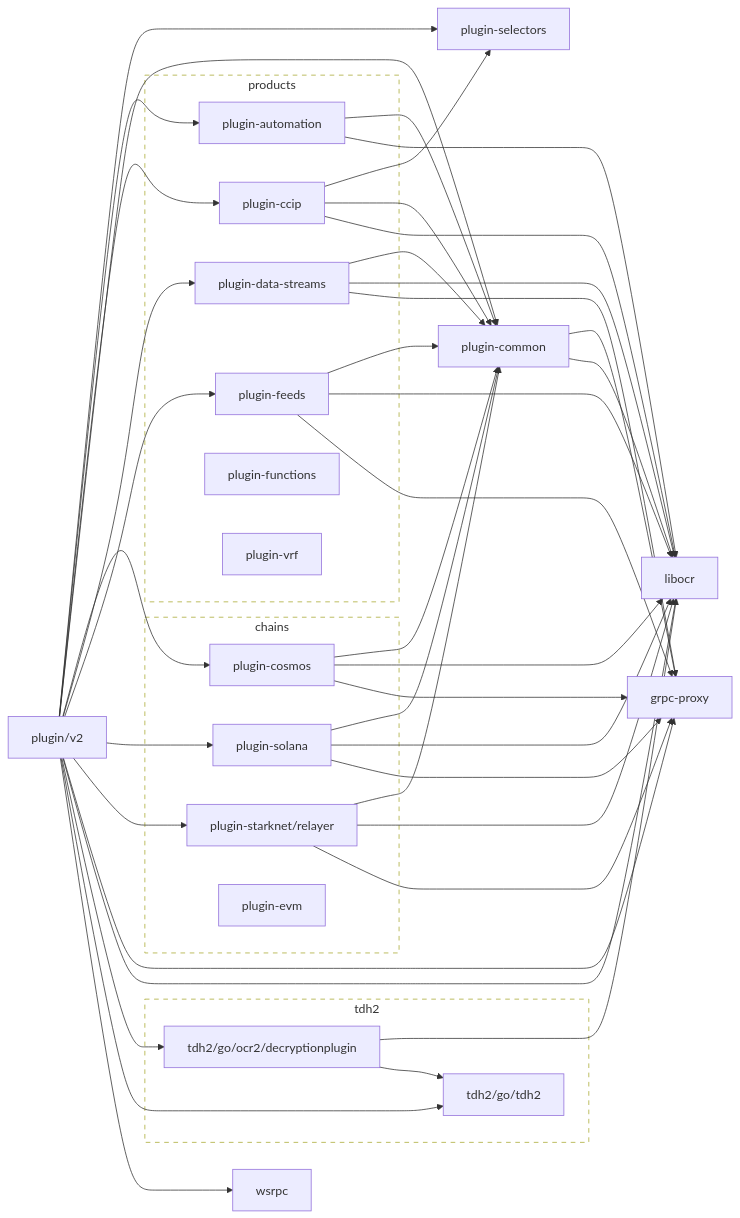
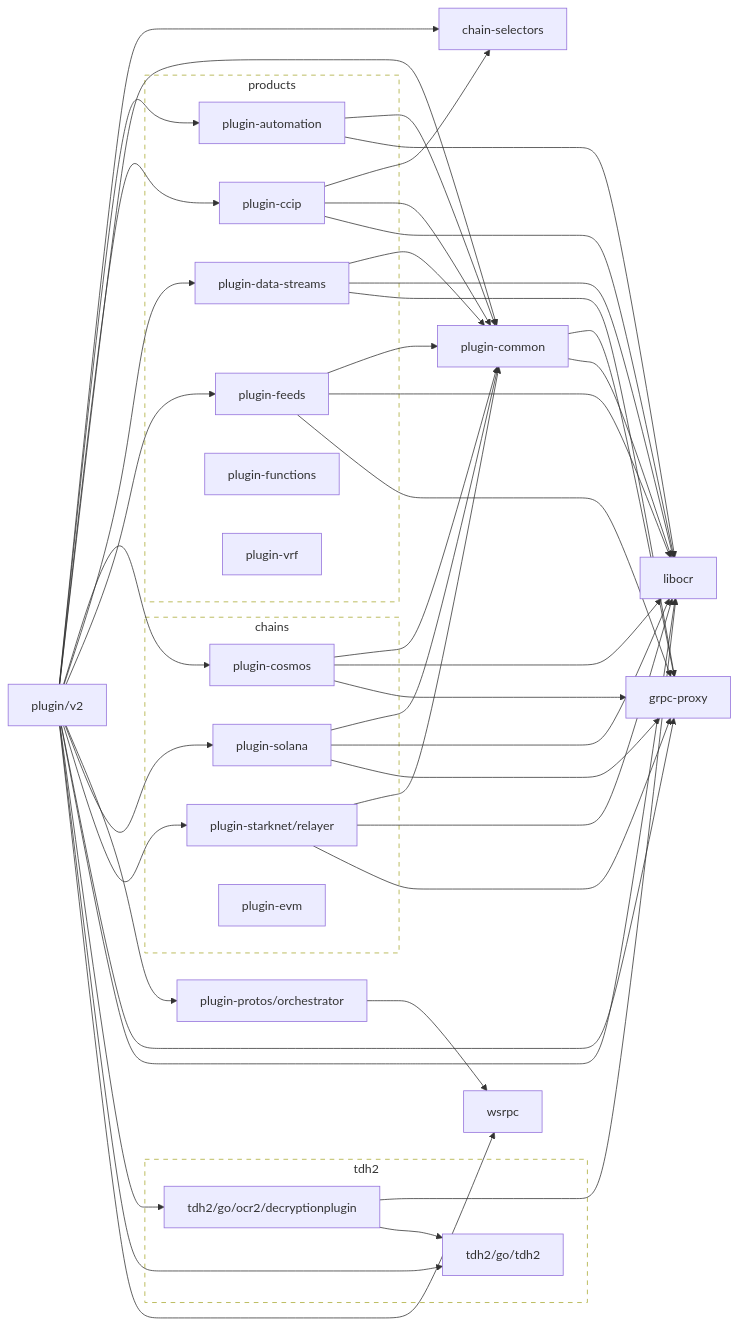
Before and after one commit to raghu0891/plugin-sandbox: the diagram in go.md, drawn with Mermaid. The commit also changed 734 other files, not shown here.

````diff
--- a/go.md
+++ b/go.md
@@ -2,79 +2,82 @@
 ```mermaid
 flowchart LR
   subgraph chains
     plugin-cosmos
     plugin-solana
     plugin-starknet/relayer
     plugin-evm
   end
 
   subgraph products
     plugin-automation
     plugin-ccip
     plugin-data-streams
     plugin-feeds
     plugin-functions
     plugin-vrf
   end
 
   subgraph tdh2
     tdh2/go/tdh2
     tdh2/go/ocr2/decryptionplugin
   end
 
   classDef outline stroke-dasharray:6,fill:none;
   class chains,products,tdh2 outline
 
-  plugin/v2 --> plugin-selectors
-  click plugin-selectors href "https://github.com/goplugin/chain-selectors"
+  plugin/v2 --> chain-selectors
+  click chain-selectors href "https://github.com/goplugin/chain-selectors"
   plugin/v2 --> plugin-automation
   click plugin-automation href "https://github.com/goplugin/plugin-automation"
   plugin/v2 --> plugin-ccip
   click plugin-ccip href "https://github.com/goplugin/plugin-ccip"
   plugin/v2 --> plugin-common
   click plugin-common href "https://github.com/goplugin/plugin-common"
   plugin/v2 --> plugin-cosmos
   click plugin-cosmos href "https://github.com/goplugin/plugin-cosmos"
   plugin/v2 --> plugin-data-streams
   click plugin-data-streams href "https://github.com/goplugin/plugin-data-streams"
   plugin/v2 --> plugin-feeds
   click plugin-feeds href "https://github.com/goplugin/plugin-feeds"
+  plugin/v2 --> plugin-protos/orchestrator
+  click plugin-protos/orchestrator href "https://github.com/goplugin/plugin-protos"
   plugin/v2 --> plugin-solana
   click plugin-solana href "https://github.com/goplugin/plugin-solana"
   plugin/v2 --> plugin-starknet/relayer
   click plugin-starknet/relayer href "https://github.com/goplugin/plugin-starknet"
   plugin/v2 --> grpc-proxy
   click grpc-proxy href "https://github.com/goplugin/grpc-proxy"
   plugin/v2 --> libocr
   click libocr href "https://github.com/goplugin/plugin-libocr"
   plugin/v2 --> tdh2/go/ocr2/decryptionplugin
   click tdh2/go/ocr2/decryptionplugin href "https://github.com/goplugin/tdh2"
   plugin/v2 --> tdh2/go/tdh2
   click tdh2/go/tdh2 href "https://github.com/goplugin/tdh2"
   plugin/v2 --> wsrpc
   click wsrpc href "https://github.com/goplugin/wsrpc"
   plugin-automation --> plugin-common
   plugin-automation --> libocr
-  plugin-ccip --> plugin-selectors
+  plugin-ccip --> chain-selectors
   plugin-ccip --> plugin-common
   plugin-ccip --> libocr
   plugin-common --> grpc-proxy
   plugin-common --> libocr
   plugin-cosmos --> plugin-common
   plugin-cosmos --> libocr
   plugin-cosmos --> grpc-proxy
   plugin-data-streams --> plugin-common
   plugin-data-streams --> libocr
   plugin-data-streams --> grpc-proxy
   plugin-feeds --> plugin-common
   plugin-feeds --> libocr
   plugin-feeds --> grpc-proxy
+  plugin-protos/orchestrator --> wsrpc
   plugin-solana --> plugin-common
   plugin-solana --> libocr
   plugin-solana --> grpc-proxy
   plugin-starknet/relayer --> plugin-common
   plugin-starknet/relayer --> libocr
   plugin-starknet/relayer --> grpc-proxy
   tdh2/go/ocr2/decryptionplugin --> libocr
   tdh2/go/ocr2/decryptionplugin --> tdh2/go/tdh2
 ```
````
